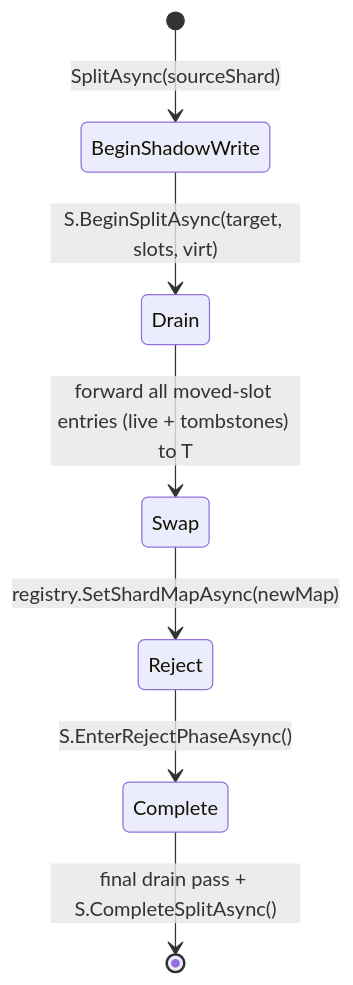
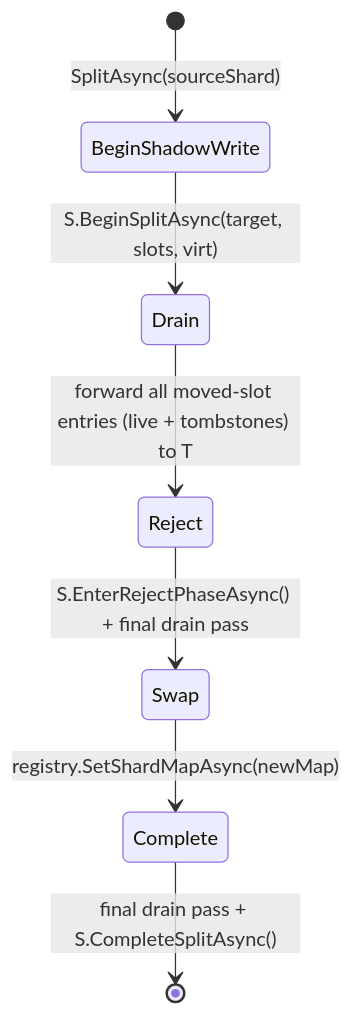
Before and after one commit to NSTA1/Orleans.Lattice: the diagram in docs/lattice/shard-splitting.md, drawn with Mermaid. The commit also changed other lines of this file and 88 other files, not shown here.

````diff
--- a/docs/lattice/shard-splitting.md
+++ b/docs/lattice/shard-splitting.md
@@ -24,9 +24,9 @@
 ```mermaid
 stateDiagram-v2
     [*] --> BeginShadowWrite : SplitAsync(sourceShard)
     BeginShadowWrite --> Drain : S.BeginSplitAsync(target, slots, virt)
-    Drain --> Swap : forward all moved-slot entries (live + tombstones) to T
-    Swap --> Reject : registry.SetShardMapAsync(newMap)
-    Reject --> Complete : S.EnterRejectPhaseAsync()
+    Drain --> Reject : forward all moved-slot entries (live + tombstones) to T
+    Reject --> Swap : S.EnterRejectPhaseAsync() + final drain pass
+    Swap --> Complete : registry.SetShardMapAsync(newMap)
     Complete --> [*] : final drain pass + S.CompleteSplitAsync()
 ```
````
